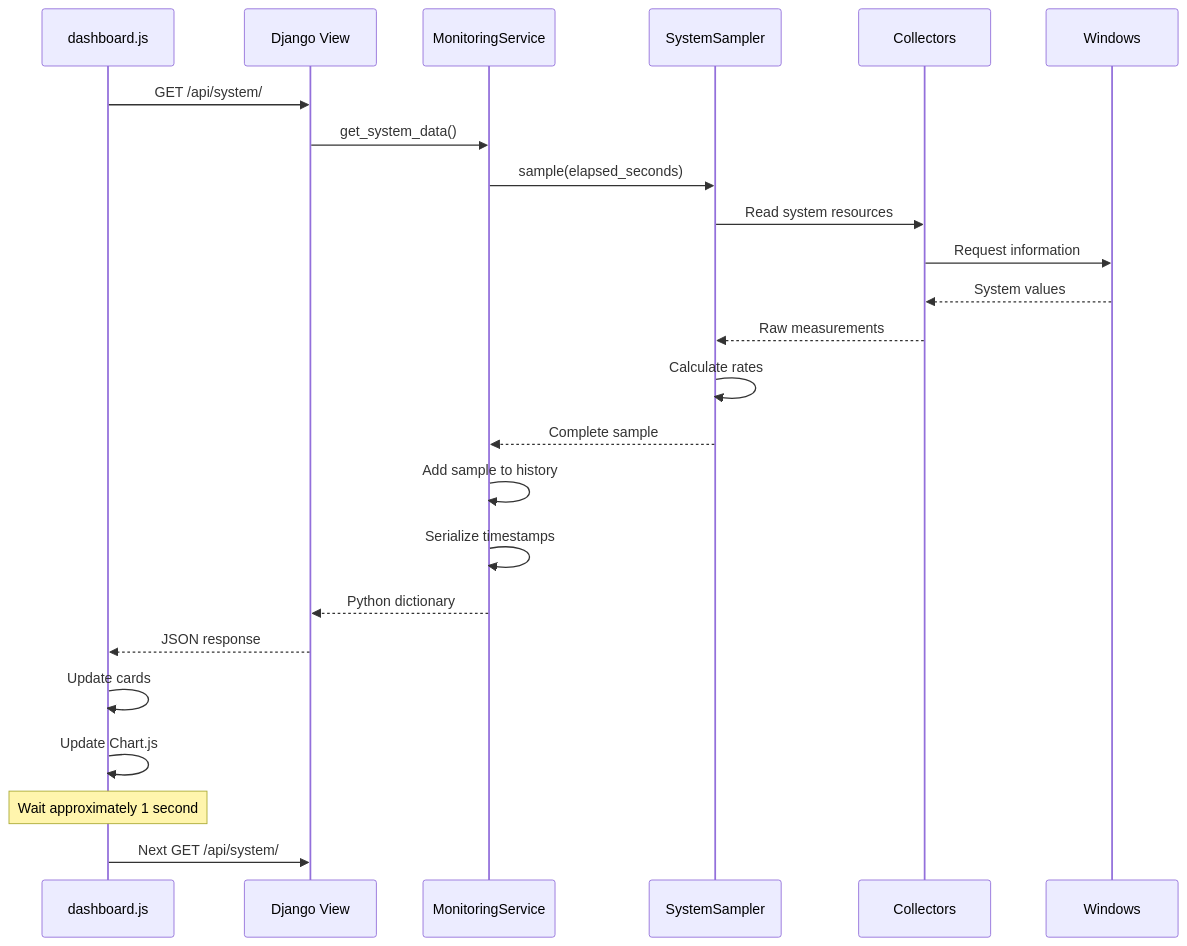
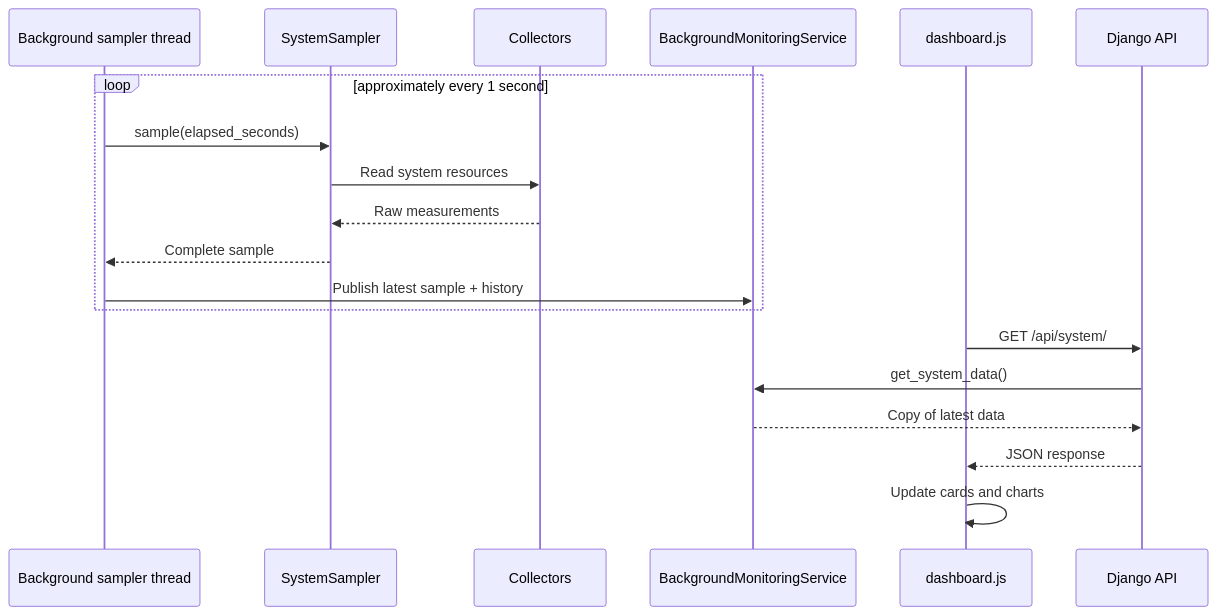
Diagram 19 of 31 in docs/architecture.md (IronRon/Sys-Monitor), drawn with Mermaid before and after one commit. The commit also changed other lines of this file and 8 other files, not shown here.

First line of the commit message:
Refactor monitoring architecture to implement continuous background sampling

````diff
--- a/docs/architecture.md
+++ b/docs/architecture.md
@@ -1026,40 +1020,23 @@
 ```mermaid
 sequenceDiagram
-    participant JS as dashboard.js
-    participant Django as Django View
-    participant Service as MonitoringService
+    participant Worker as Background sampler thread
     participant Sampler as SystemSampler
     participant Collectors
-    participant Windows
+    participant Service as BackgroundMonitoringService
+    participant JS as dashboard.js
+    participant Django as Django API
+
+    loop approximately every 1 second
+        Worker->>Sampler: sample(elapsed_seconds)
+        Sampler->>Collectors: Read system resources
+        Collectors-->>Sampler: Raw measurements
+        Sampler-->>Worker: Complete sample
+        Worker->>Service: Publish latest sample + history
+    end
 
     JS->>Django: GET /api/system/
-
     Django->>Service: get_system_data()
-
-    Service->>Sampler: sample(elapsed_seconds)
-
-    Sampler->>Collectors: Read system resources
-
-    Collectors->>Windows: Request information
-
-    Windows-->>Collectors: System values
-
-    Collectors-->>Sampler: Raw measurements
-
-    Sampler->>Sampler: Calculate rates
-    Sampler-->>Service: Complete sample
-
-    Service->>Service: Add sample to history
-    Service->>Service: Serialize timestamps
-
-    Service-->>Django: Python dictionary
-
+    Service-->>Django: Copy of latest data
     Django-->>JS: JSON response
-
-    JS->>JS: Update cards
-    JS->>JS: Update Chart.js
-
-    Note over JS: Wait approximately 1 second
-
-    JS->>Django: Next GET /api/system/
+    JS->>JS: Update cards and charts
 ```
````
